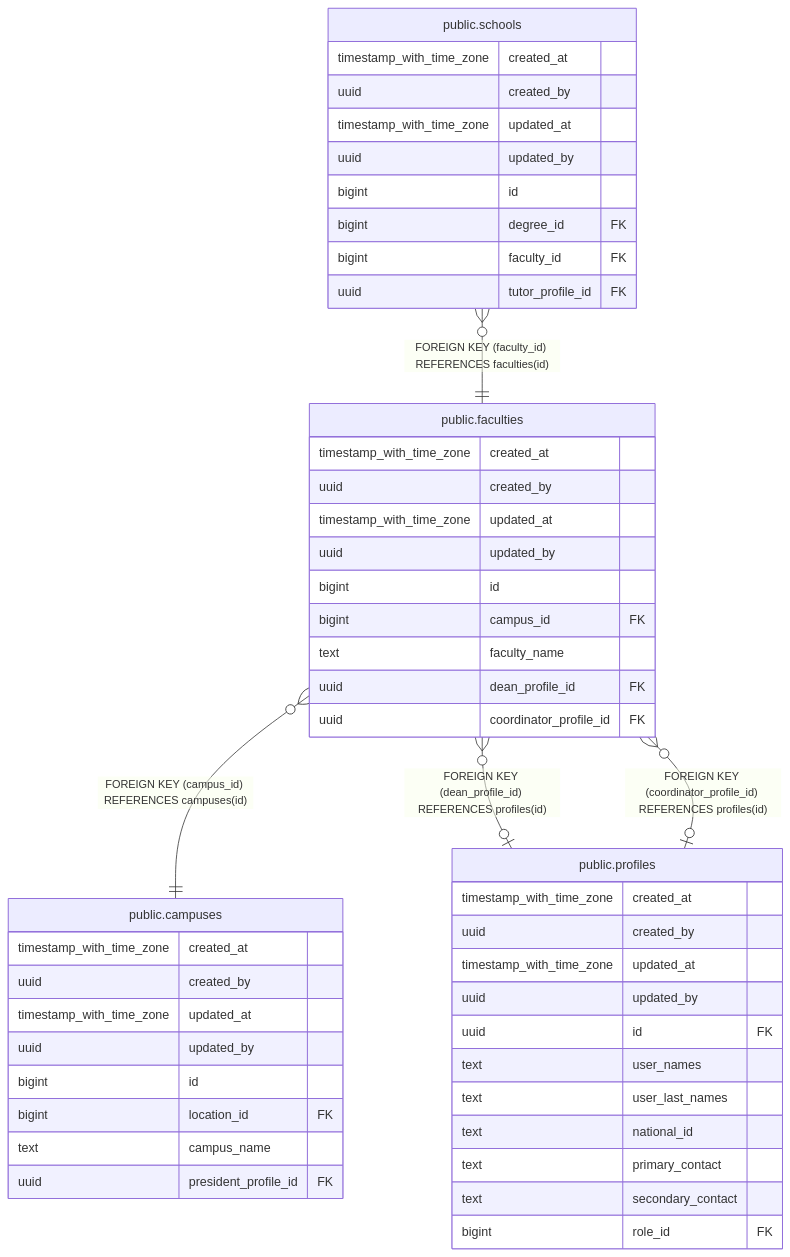
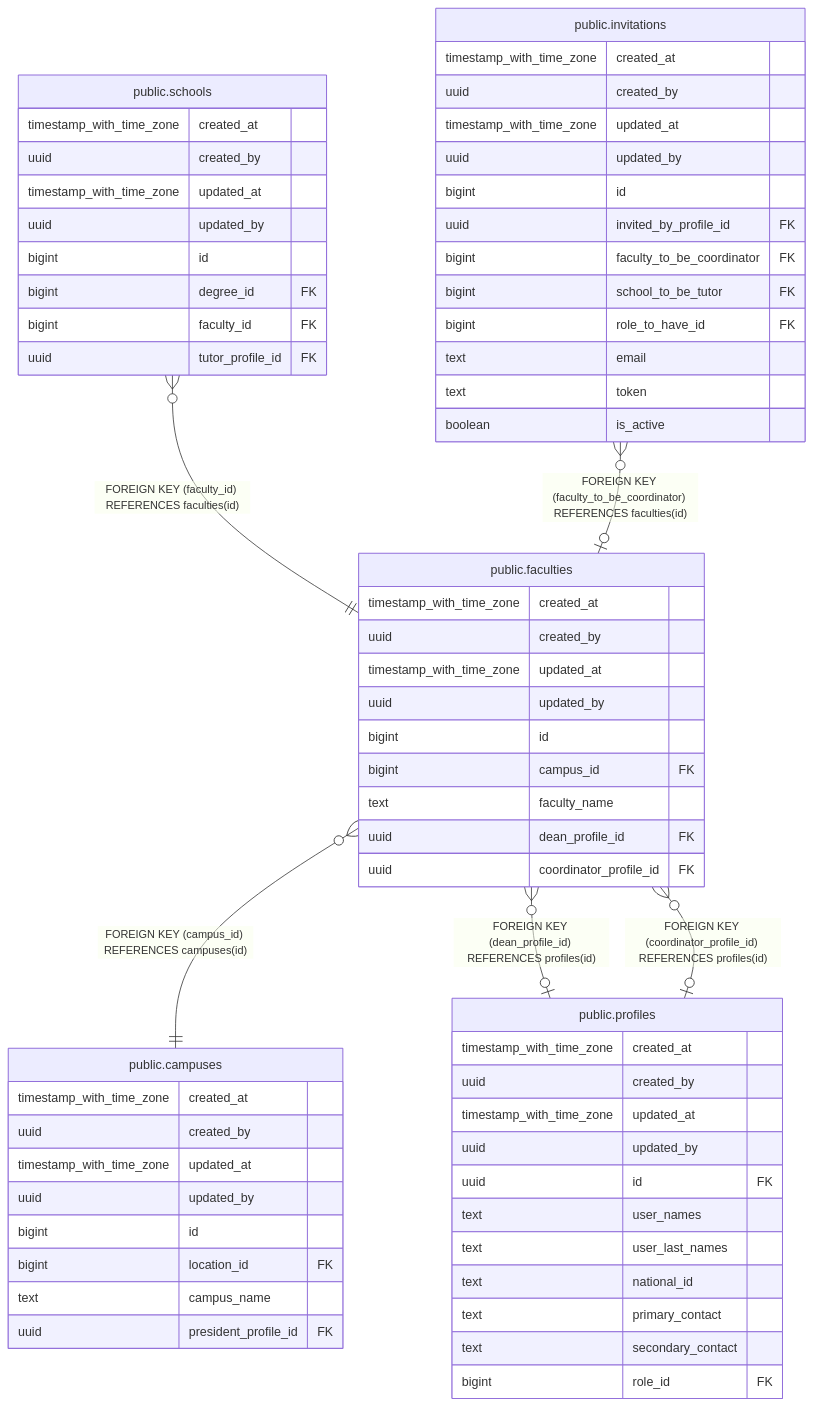
The diagram in docs/db/tbls/public.faculties.md (icristianhernandez/academic-service-backend), drawn with Mermaid before and after one commit. The commit also changed other lines of this file and 12 other files, not shown here.

First line of the commit message:
chore(db-docs): update tbls diagrams for invitations, roles, profiles

````diff
--- a/docs/db/tbls/public.faculties.md
+++ b/docs/db/tbls/public.faculties.md
@@ -45,53 +45,68 @@
 ```mermaid
 erDiagram
 
 "public.schools" }o--|| "public.faculties" : "FOREIGN KEY (faculty_id) REFERENCES faculties(id)"
+"public.invitations" }o--o| "public.faculties" : "FOREIGN KEY (faculty_to_be_coordinator) REFERENCES faculties(id)"
 "public.faculties" }o--|| "public.campuses" : "FOREIGN KEY (campus_id) REFERENCES campuses(id)"
 "public.faculties" }o--o| "public.profiles" : "FOREIGN KEY (dean_profile_id) REFERENCES profiles(id)"
 "public.faculties" }o--o| "public.profiles" : "FOREIGN KEY (coordinator_profile_id) REFERENCES profiles(id)"
 
 "public.faculties" {
   timestamp_with_time_zone created_at ""
   uuid created_by ""
   timestamp_with_time_zone updated_at ""
   uuid updated_by ""
   bigint id ""
   bigint campus_id FK ""
   text faculty_name ""
   uuid dean_profile_id FK ""
   uuid coordinator_profile_id FK ""
 }
 "public.schools" {
   timestamp_with_time_zone created_at ""
   uuid created_by ""
   timestamp_with_time_zone updated_at ""
   uuid updated_by ""
   bigint id ""
   bigint degree_id FK ""
   bigint faculty_id FK ""
   uuid tutor_profile_id FK ""
 }
+"public.invitations" {
+  timestamp_with_time_zone created_at ""
+  uuid created_by ""
+  timestamp_with_time_zone updated_at ""
+  uuid updated_by ""
+  bigint id ""
+  uuid invited_by_profile_id FK ""
+  bigint faculty_to_be_coordinator FK ""
+  bigint school_to_be_tutor FK ""
+  bigint role_to_have_id FK ""
+  text email ""
+  text token ""
+  boolean is_active ""
+}
 "public.campuses" {
   timestamp_with_time_zone created_at ""
   uuid created_by ""
   timestamp_with_time_zone updated_at ""
   uuid updated_by ""
   bigint id ""
   bigint location_id FK ""
   text campus_name ""
   uuid president_profile_id FK ""
 }
 "public.profiles" {
   timestamp_with_time_zone created_at ""
   uuid created_by ""
   timestamp_with_time_zone updated_at ""
   uuid updated_by ""
   uuid id FK ""
   text user_names ""
   text user_last_names ""
   text national_id ""
   text primary_contact ""
   text secondary_contact ""
   bigint role_id FK ""
 }
 ```
````
